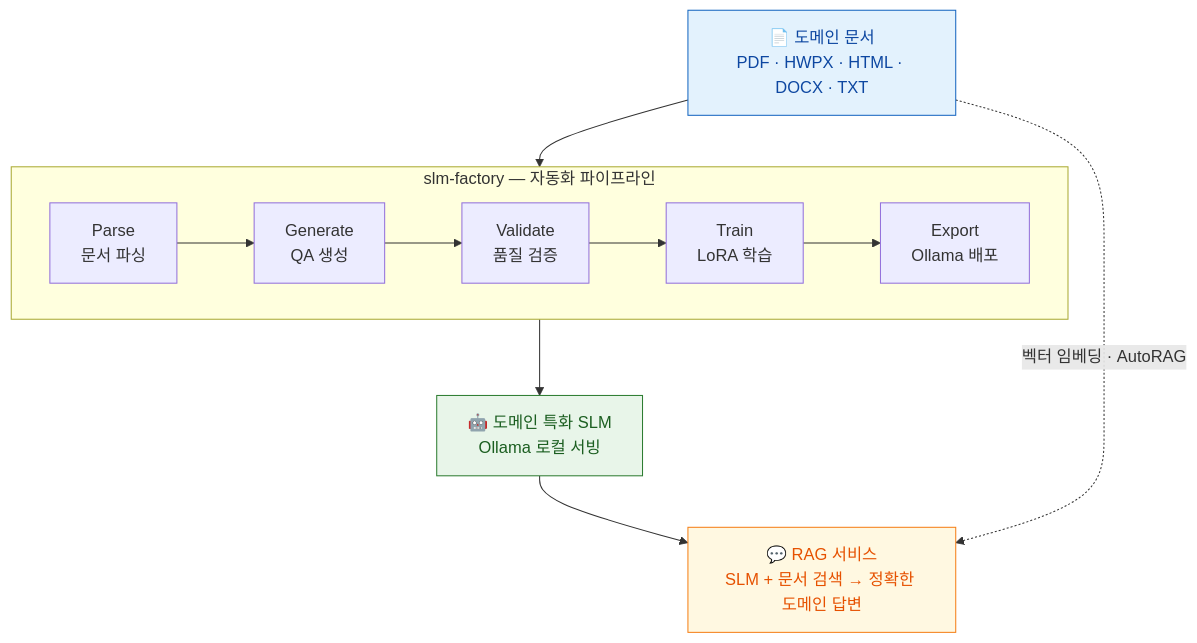
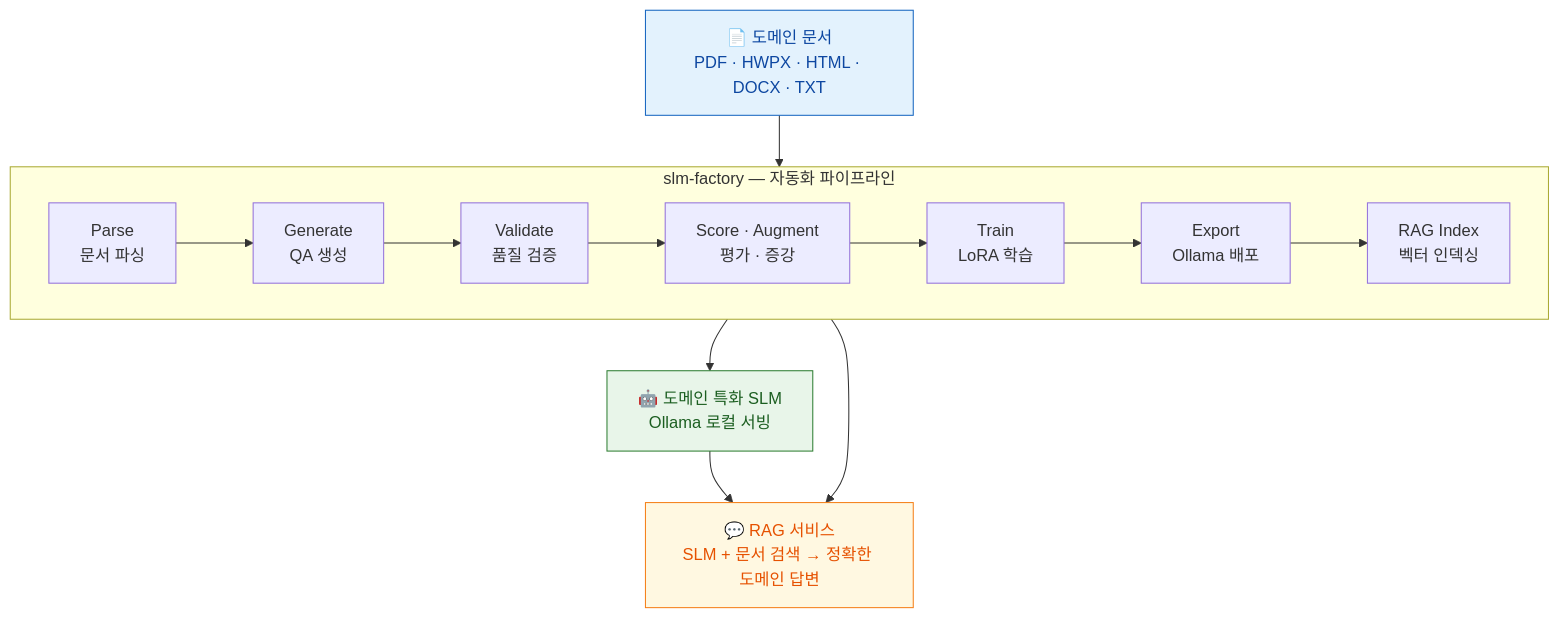
Before and after one commit to DevDnA/slm-factory: the diagram in README.md, drawn with Mermaid. The commit also changed other lines of this file, not shown here.

````diff
--- a/README.md
+++ b/README.md
@@ -20,21 +20,23 @@
 ```mermaid
 flowchart TB
     DOC["📄 도메인 문서<br>PDF · HWPX · HTML · DOCX · TXT"]
 
     subgraph FACTORY ["slm-factory — 자동화 파이프라인"]
         direction LR
-        P["Parse<br>문서 파싱"] --> G["Generate<br>QA 생성"] --> V["Validate<br>품질 검증"] --> T["Train<br>LoRA 학습"] --> E["Export<br>Ollama 배포"]
+        P["Parse<br>문서 파싱"] --> G["Generate<br>QA 생성"] --> V["Validate<br>품질 검증"]
+        V --> S["Score · Augment<br>평가 · 증강"] --> T["Train<br>LoRA 학습"]
+        T --> E["Export<br>Ollama 배포"] --> R["RAG Index<br>벡터 인덱싱"]
     end
 
     SLM["🤖 도메인 특화 SLM<br>Ollama 로컬 서빙"]
     RAG["💬 RAG 서비스<br>SLM + 문서 검색 → 정확한 도메인 답변"]
 
     DOC --> P
     E --> SLM
     SLM --> RAG
-    DOC -.->|"벡터 임베딩 · AutoRAG"| RAG
+    R --> RAG
 
     style DOC fill:#e3f2fd,stroke:#1565c0,color:#0d47a1
     style SLM fill:#e8f5e9,stroke:#2e7d32,color:#1b5e20
     style RAG fill:#fff8e1,stroke:#f57f17,color:#e65100
 ```
````
